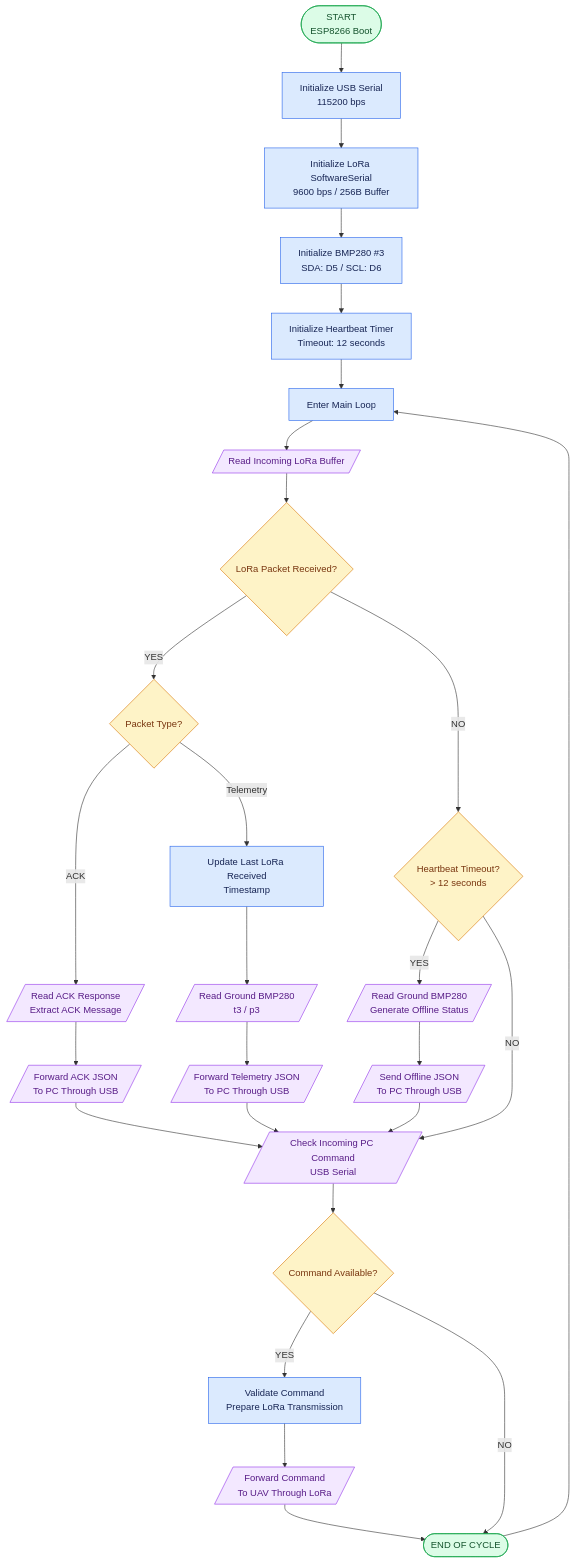
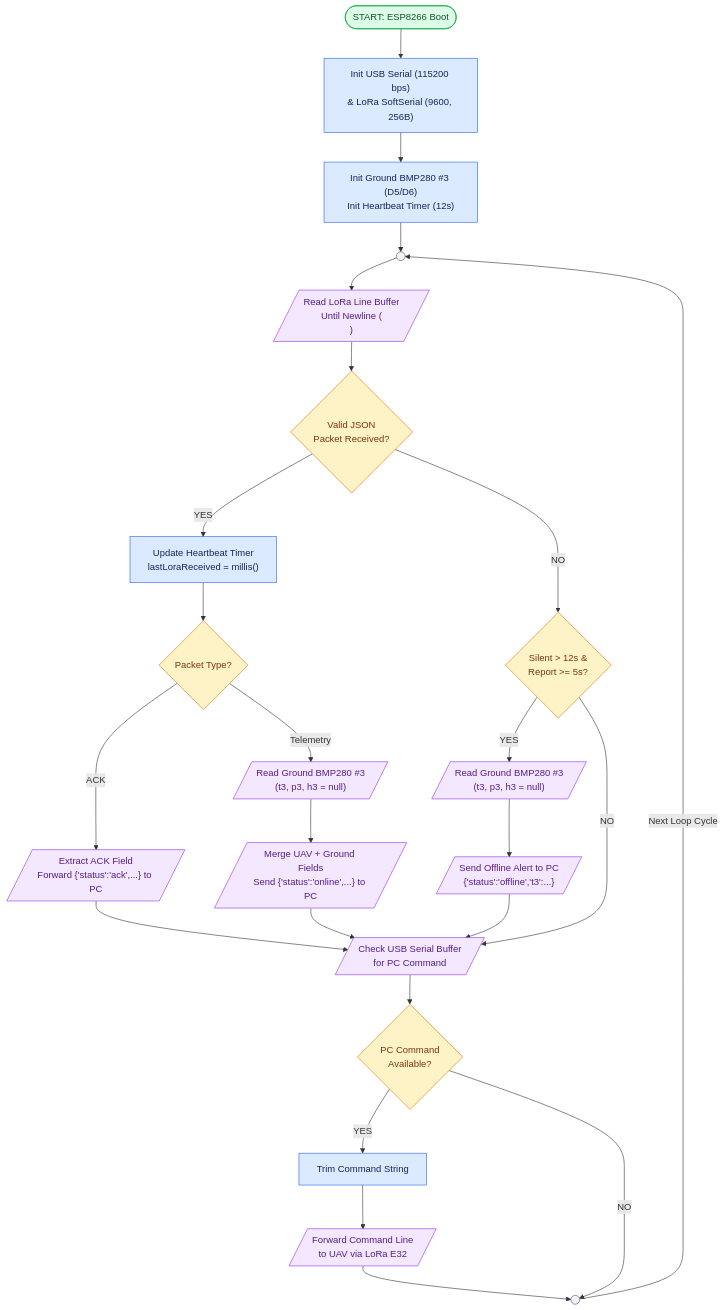
Before and after one commit to phllonq/26FA-IA2103-Group5-IOT102-FinalReport: the third of 6 diagrams in Diagrams/README.md, drawn with Mermaid. The commit also changed other lines of this file, not shown here.

````diff
--- a/Diagrams/README.md
+++ b/Diagrams/README.md
@@ -267,94 +229,60 @@
 ```mermaid
 flowchart TD
+    G1(["START: ESP8266 Boot"])
+    G2["Init USB Serial (115200 bps)<br/>& LoRa SoftSerial (9600, 256B)"]
+    G3["Init Ground BMP280 #3 (D5/D6)<br/>Init Heartbeat Timer (12s)"]
 
-    G1(["START<br/>ESP8266 Boot"])
+    G_LOOP(( ))
 
-    G2["Initialize USB Serial<br/>115200 bps"]
+    G4[/"Read LoRa Line Buffer<br/>Until Newline (\n)"/]
+    G5{"Valid JSON<br/>Packet Received?"}
 
-    G3["Initialize LoRa SoftwareSerial<br/>9600 bps / 256B Buffer"]
+    G6["Update Heartbeat Timer<br/>lastLoraReceived = millis()"]
+    G7{"Packet Type?"}
 
-    G4["Initialize BMP280 #3<br/>SDA: D5 / SCL: D6"]
+    G8[/"Extract ACK Field<br/>Forward {'status':'ack',...} to PC"/]
 
-    G5["Initialize Heartbeat Timer<br/>Timeout: 12 seconds"]
+    G9[/"Read Ground BMP280 #3<br/>(t3, p3, h3 = null)"/]
+    G10[/"Merge UAV + Ground Fields<br/>Send {'status':'online',...} to PC"/]
 
-    G6["Enter Main Loop"]
+    G11{"Silent > 12s &<br/>Report >= 5s?"}
+    G12[/"Read Ground BMP280 #3<br/>(t3, p3, h3 = null)"/]
+    G13[/"Send Offline Alert to PC<br/>{'status':'offline','t3':...}"/]
 
-    G7[/"Read Incoming LoRa Buffer"/]
+    G14[/"Check USB Serial Buffer<br/>for PC Command"/]
+    G15{"PC Command<br/>Available?"}
+    G16["Trim Command String"]
+    G17[/"Forward Command Line<br/>to UAV via LoRa E32"/]
 
-    G8{"LoRa Packet Received?"}
+    G_NEXT(( ))
 
-    G9{"Packet Type?"}
+    G1 --> G2 --> G3 --> G_LOOP
+    G_LOOP --> G4 --> G5
 
-    G10[/"Read ACK Response<br/>Extract ACK Message"/]
+    G5 -->|"YES"| G6 --> G7
+    G5 -->|"NO"| G11
 
-    G11[/"Forward ACK JSON<br/>To PC Through USB"/]
+    G7 -->|"ACK"| G8 --> G14
+    G7 -->|"Telemetry"| G9 --> G10 --> G14
 
-    G12["Update Last LoRa Received<br/>Timestamp"]
+    G11 -->|"YES"| G12 --> G13 --> G14
+    G11 -->|"NO"| G14
 
-    G13[/"Read Ground BMP280<br/>t3 / p3"/]
+    G14 --> G15
+    G15 -->|"YES"| G16 --> G17 --> G_NEXT
+    G15 -->|"NO"| G_NEXT
 
-    G14[/"Forward Telemetry JSON<br/>To PC Through USB"/]
-
-    G15{"Heartbeat Timeout?<br/>> 12 seconds"}
-
-    G16[/"Read Ground BMP280<br/>Generate Offline Status"/]
-
-    G17[/"Send Offline JSON<br/>To PC Through USB"/]
-
-    G18[/"Check Incoming PC Command<br/>USB Serial"/]
-
-    G19{"Command Available?"}
-
-    G20["Validate Command<br/>Prepare LoRa Transmission"]
-
-    G21[/"Forward Command<br/>To UAV Through LoRa"/]
-
-    G22(["END OF CYCLE"])
-
-    G1 --> G2
-    G2 --> G3
-    G3 --> G4
-    G4 --> G5
-    G5 --> G6
-
-    G6 --> G7
-    G7 --> G8
-
-    G8 -->|"YES"| G9
-    G8 -->|"NO"| G15
-
-    G9 -->|"ACK"| G10
-    G10 --> G11
-    G11 --> G18
-
-    G9 -->|"Telemetry"| G12
-    G12 --> G13
-    G13 --> G14
-    G14 --> G18
-
-    G15 -->|"YES"| G16
-    G16 --> G17
-    G17 --> G18
-
-    G15 -->|"NO"| G18
-
-    G18 --> G19
-
-    G19 -->|"YES"| G20
-    G20 --> G21
-    G21 --> G22
-
-    G19 -->|"NO"| G22
-
-    G22 --> G6
+    G_NEXT -->|"Next Loop Cycle"| G_LOOP
 
     classDef start fill:#dcfce7,stroke:#16a34a,color:#14532d
     classDef process fill:#dbeafe,stroke:#2563eb,color:#172554
     classDef decision fill:#fef3c7,stroke:#d97706,color:#78350f
     classDef io fill:#f3e8ff,stroke:#9333ea,color:#581c87
+    classDef connector fill:#f1f5f9,stroke:#475569,color:#0f172a
 
-    class G1,G22 start
-    class G2,G3,G4,G5,G6,G12,G20 process
-    class G8,G9,G15,G19 decision
-    class G7,G10,G11,G13,G14,G16,G17,G18,G21 io
+    class G1 start
+    class G2,G3,G6,G16 process
+    class G5,G7,G11,G15 decision
+    class G4,G8,G9,G10,G12,G13,G14,G17 io
+    class G_LOOP,G_NEXT connector
 ```
````
